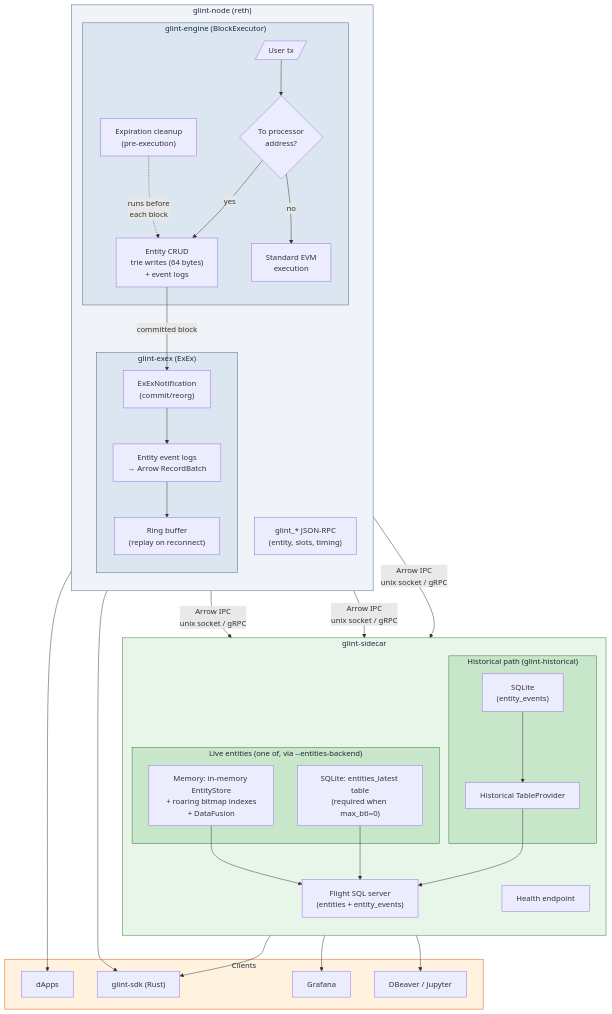
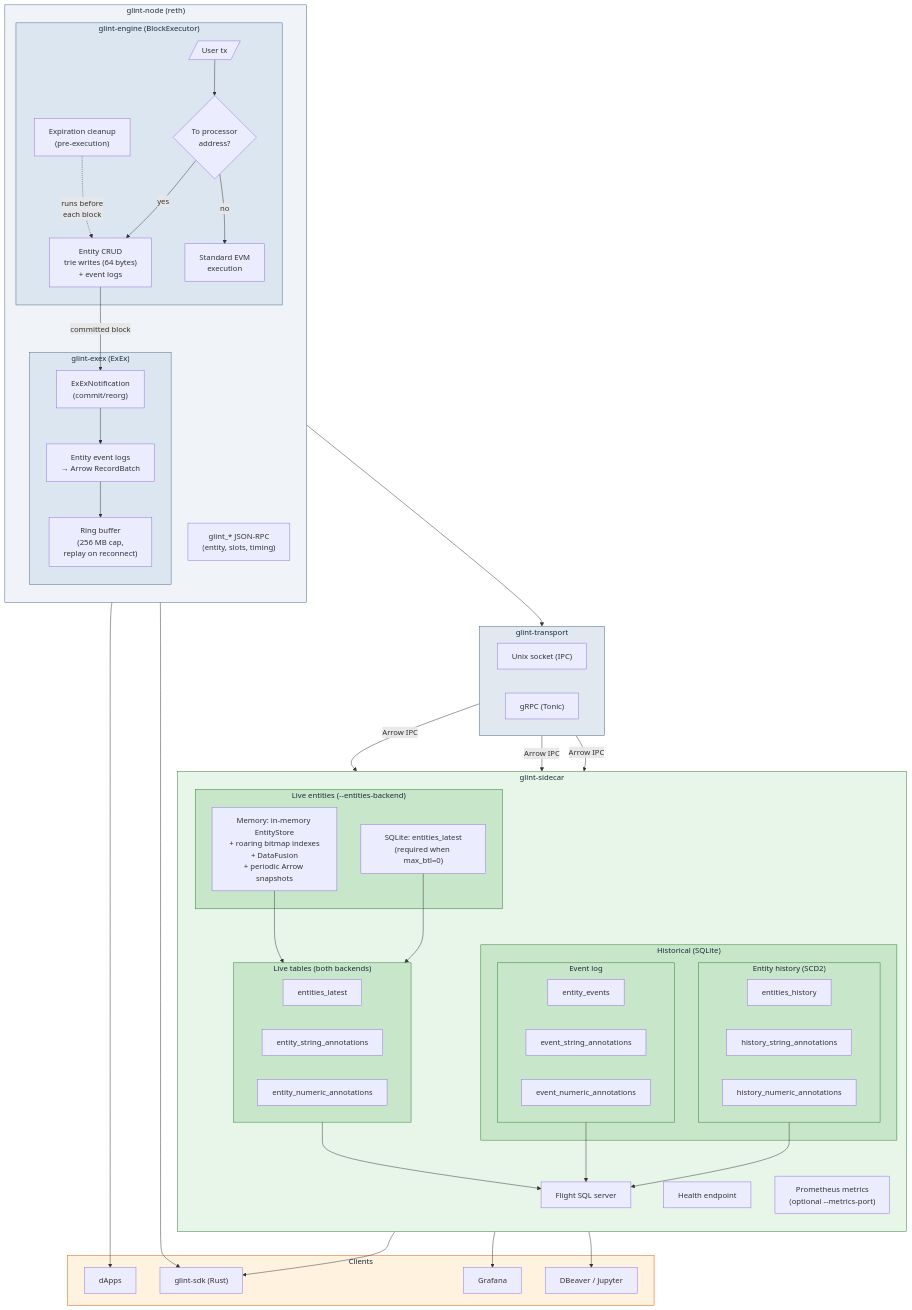
Before and after one commit to vaporif/mote: the diagram in README.md, drawn with Mermaid. The commit also changed other lines of this file, not shown here.

````diff
--- a/README.md
+++ b/README.md
@@ -162,7 +191,7 @@
         subgraph exex["glint-exex (ExEx)"]
             notify["ExExNotification<br/>(commit/reorg)"]
             arrow["Entity event logs<br/>→ Arrow RecordBatch"]
-            ring["Ring buffer<br/>(replay on reconnect)"]
+            ring["Ring buffer<br/>(256 MB cap,<br/>replay on reconnect)"]
             notify --> arrow
             arrow --> ring
         end
@@ -172,31 +201,54 @@
         crud -->|committed block| notify
     end
 
+    subgraph transport["glint-transport"]
+        ipc["Unix socket (IPC)"]
+        grpc["gRPC (Tonic)"]
+    end
+
     subgraph sidecar["glint-sidecar"]
         direction TB
 
-        subgraph live["Live entities (one of, via --entities-backend)"]
-            mem_store["Memory: in-memory EntityStore<br/>+ roaring bitmap indexes<br/>+ DataFusion"]
-            sql_store["SQLite: entities_latest table<br/>(required when max_btl=0)"]
+        subgraph live["Live entities (--entities-backend)"]
+            mem_store["Memory: in-memory EntityStore<br/>+ roaring bitmap indexes<br/>+ DataFusion<br/>+ periodic Arrow snapshots"]
+            sql_store["SQLite: entities_latest<br/>(required when max_btl=0)"]
         end
 
-        subgraph hist["Historical path (glint-historical)"]
-            sqlite["SQLite<br/>(entity_events)"]
-            hist_prov["Historical TableProvider"]
-            sqlite --> hist_prov
+        subgraph live_tables["Live tables (both backends)"]
+            t_el["entities_latest"]
+            t_esa["entity_string_annotations"]
+            t_ena["entity_numeric_annotations"]
         end
 
-        flight["Flight SQL server<br/>(entities + entity_events)"]
+        subgraph hist["Historical (SQLite)"]
+            subgraph event_tables["Event log"]
+                t_ee["entity_events"]
+                t_eesa["event_string_annotations"]
+                t_eena["event_numeric_annotations"]
+            end
+
+            subgraph history_tables["Entity history (SCD2)"]
+                t_eh["entities_history"]
+                t_hsa["history_string_annotations"]
+                t_hna["history_numeric_annotations"]
+            end
+        end
+
+        flight["Flight SQL server"]
         health["Health endpoint"]
+        prom["Prometheus metrics<br/>(optional --metrics-port)"]
 
-        mem_store --> flight
-        sql_store --> flight
-        hist_prov --> flight
+        mem_store --> live_tables
+        sql_store --> live_tables
+        live_tables --> flight
+        event_tables --> flight
+        history_tables --> flight
     end
 
-    ring -->|Arrow IPC<br/>unix socket / gRPC| mem_store
-    ring -->|Arrow IPC<br/>unix socket / gRPC| sql_store
-    ring -->|Arrow IPC<br/>unix socket / gRPC| sqlite
+    ring --> transport
+    transport -->|Arrow IPC| mem_store
+    transport -->|Arrow IPC| sql_store
+    transport -->|Arrow IPC| hist
 
     subgraph clients["Clients"]
         sdk["glint-sdk (Rust)"]
@@ -214,8 +266,12 @@
     style node fill:#f0f4f8,stroke:#4a6785,color:#1a2a3a
     style engine fill:#dce6f0,stroke:#4a6785,color:#1a2a3a
     style exex fill:#dce6f0,stroke:#4a6785,color:#1a2a3a
+    style transport fill:#e1e8f0,stroke:#4a6785,color:#1a2a3a
     style sidecar fill:#e8f5e9,stroke:#2e7d32,color:#1a2a3a
     style live fill:#c8e6c9,stroke:#2e7d32,color:#1a2a3a
+    style live_tables fill:#c8e6c9,stroke:#2e7d32,color:#1a2a3a
     style hist fill:#c8e6c9,stroke:#2e7d32,color:#1a2a3a
+    style event_tables fill:#c8e6c9,stroke:#2e7d32,color:#1a2a3a
+    style history_tables fill:#c8e6c9,stroke:#2e7d32,color:#1a2a3a
     style clients fill:#fff3e0,stroke:#e65100,color:#1a2a3a
 ```
````
